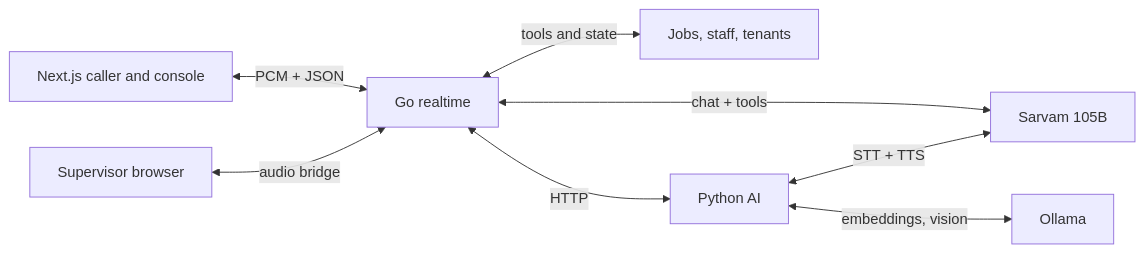
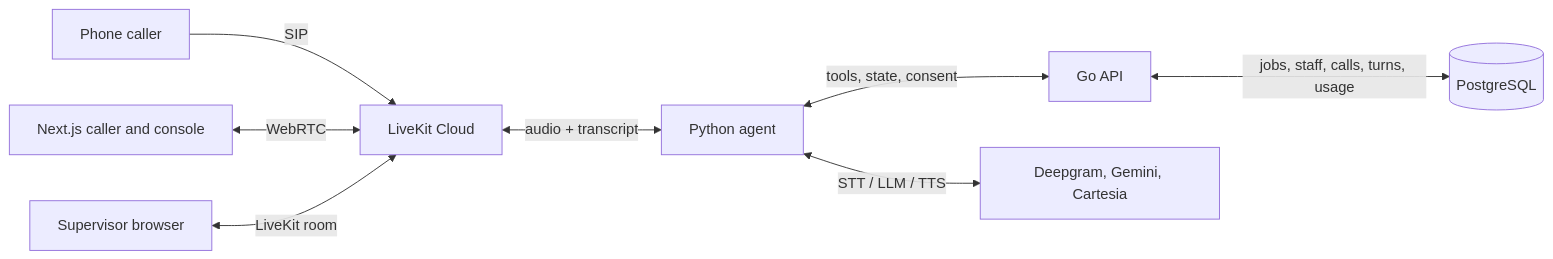
One commit to chinmayyy01/switchboard changed the diagram in docs/case-study.md. Above: the diagram before and after it, drawn with Mermaid. The commit also changed other lines of this file and 100 other files, not shown here.

Commit message:
added production auth, recording, budgets, and LiveKit only calls

````diff
--- a/docs/case-study.md
+++ b/docs/case-study.md
@@ -34,10 +33,10 @@
 ```mermaid
 flowchart LR
-  Browser["Next.js caller and console"] <-->|"PCM + JSON"| Go["Go realtime"]
-  Go <-->|"tools and state"| Store["Jobs, staff, tenants"]
-  Go <-->|"chat + tools"| Sarvam["Sarvam 105B"]
-  Go <-->|"HTTP"| AI["Python AI"]
-  AI <-->|"STT + TTS"| Sarvam
-  AI <-->|"embeddings, vision"| Ollama["Ollama"]
-  Supervisor["Supervisor browser"] <-->|"audio bridge"| Go
+  Phone["Phone caller"] -->|"SIP"| LK["LiveKit Cloud"]
+  Browser["Next.js caller and console"] <-->|"WebRTC"| LK
+  LK <-->|"audio + transcript"| Agent["Python agent"]
+  Agent <-->|"tools, state, consent"| Go["Go API"]
+  Go <-->|"jobs, staff, calls, turns, usage"| PG[("PostgreSQL")]
+  Agent <-->|"STT / LLM / TTS"| Models["Deepgram, Gemini, Cartesia"]
+  Supervisor["Supervisor browser"] <-->|"LiveKit room"| LK
 ```
````
